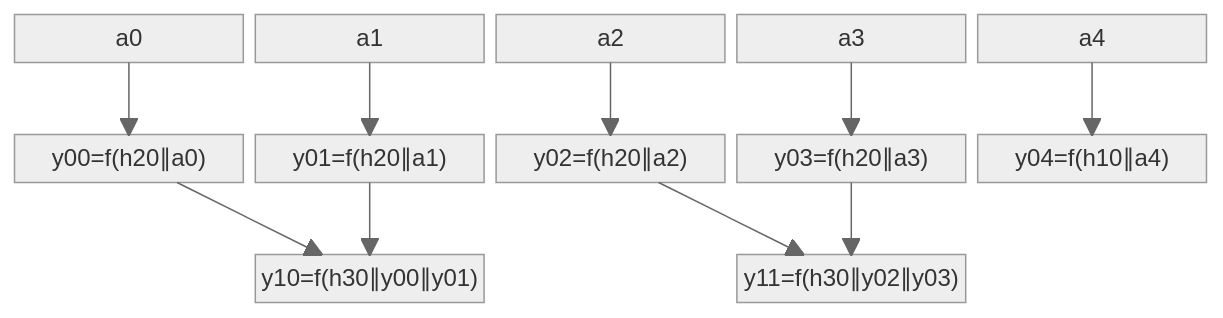
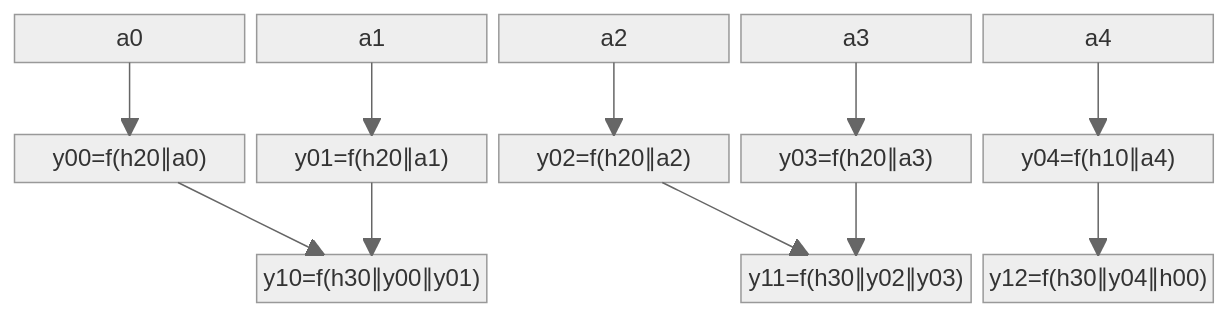
Before and after one commit to sergey-shandar/public: the second of 2 diagrams in notes/hash.md, drawn with Mermaid (neutral theme).

````diff
--- a/notes/hash.md
+++ b/notes/hash.md
@@ -75,18 +75,19 @@
 ```mermaid
 block-beta
   columns 5
   a0                   a1                        a2                   a3                        a4
   space:5
   y00["y00=f(h20∥a0)"] y01["y01=f(h20∥a1)"]      y02["y02=f(h20∥a2)"] y03["y03=f(h20∥a3)"]      y04["y04=f(h10∥a4)"]
   space:5
-  space                y10["y10=f(h30∥y00∥y01)"] space                y11["y11=f(h30∥y02∥y03)"]              
+  space                y10["y10=f(h30∥y00∥y01)"] space                y11["y11=f(h30∥y02∥y03)"] y12["y12=f(h30∥y04∥h00)"]             
   a0-->y00
   a1-->y01
   a2-->y02
   a3-->y03
   a4-->y04
   y00-->y10
   y01-->y10
   y02-->y11
   y03-->y11
+  y04-->y12
 ```
````
